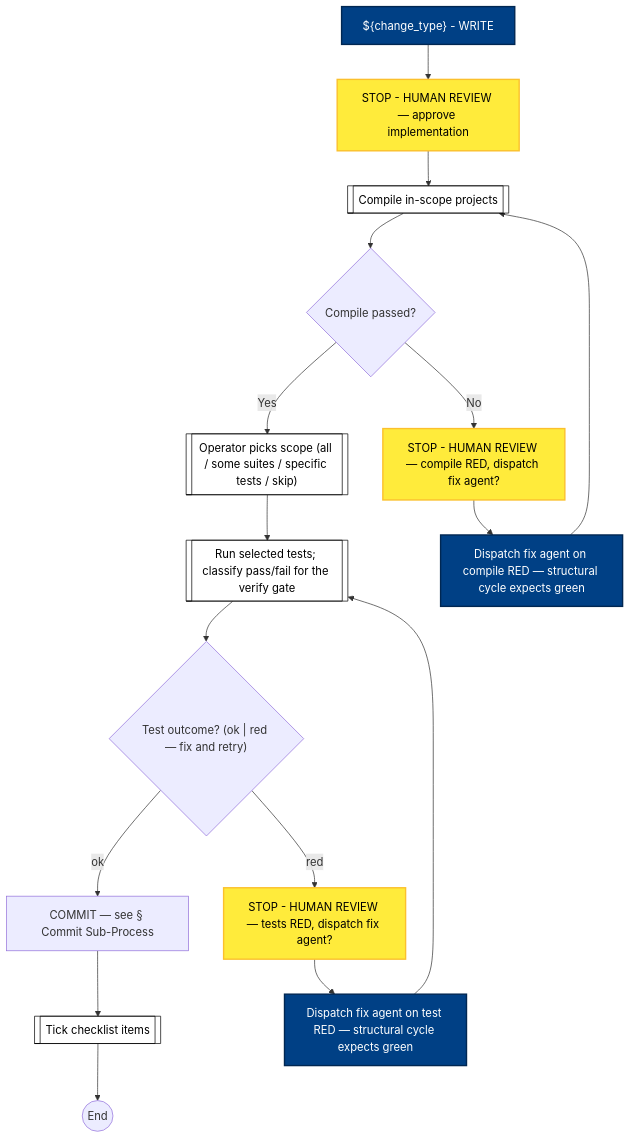
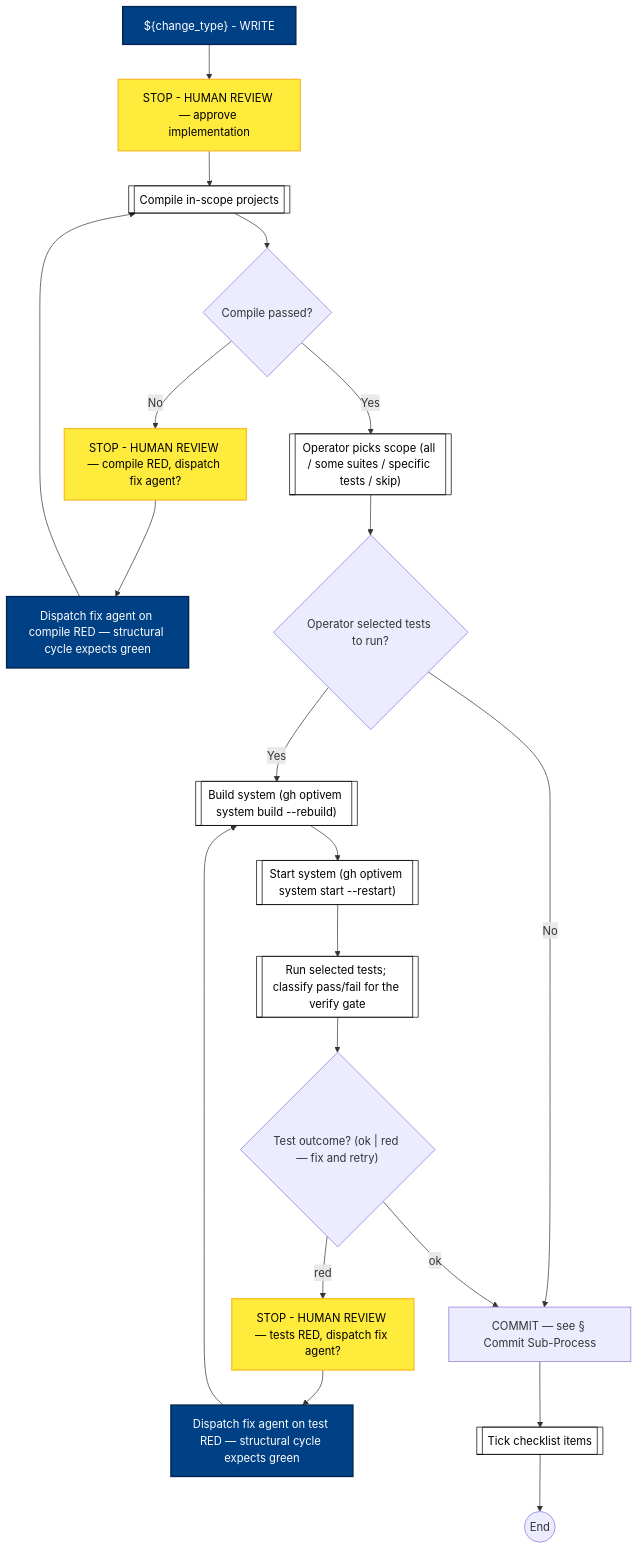
One commit to optivem/gh-optivem changed the tenth of 16 diagrams in docs/process-diagram.md. Above: the diagram before and after it, drawn with Mermaid. The commit also changed 9 other files, not shown here.

First line of the commit message:
atdd: hoist BUILD_SYSTEM + START_SYSTEM ahead of RUN_TESTS in structural_cycle

````diff
--- a/docs/process-diagram.md
+++ b/docs/process-diagram.md
@@ -269,42 +269,49 @@
 ```mermaid
 flowchart TD
     APPROVE_CHANGE[STOP - HUMAN REVIEW — approve implementation]
+    BUILD_SYSTEM[["Build system (gh optivem system build --rebuild)"]]
     CHOOSE_TESTS[["Operator picks scope (all / some suites / specific tests / skip)"]]
     COMMIT[COMMIT — see § Commit Sub-Process]
     COMPILE[[Compile in-scope projects]]
     FIX_COMPILE[Dispatch fix agent on compile RED — structural cycle expects green]
     FIX_TEST[Dispatch fix agent on test RED — structural cycle expects green]
     GATE_COMPILE_OK{Compile passed?}
     GATE_STRUCT_VERIFY{"Test outcome? (ok | red — fix and retry)"}
+    GATE_TESTS_SELECTED{Operator selected tests to run?}
     RUN_TESTS[["Run selected tests; classify pass/fail for the verify gate"]]
+    START_SYSTEM[["Start system (gh optivem system start --restart)"]]
     STOP_COMPILE_FAIL_REVIEW[STOP - HUMAN REVIEW — compile RED, dispatch fix agent?]
     STOP_TEST_FAIL_REVIEW[STOP - HUMAN REVIEW — tests RED, dispatch fix agent?]
     STRUCT_END((End))
     TICK_CHECKLIST[[Tick checklist items]]
     WRITE["${change_type} - WRITE"]
 
     WRITE --> APPROVE_CHANGE
     APPROVE_CHANGE --> COMPILE
     COMPILE --> GATE_COMPILE_OK
     GATE_COMPILE_OK -- Yes --> CHOOSE_TESTS
     GATE_COMPILE_OK -- No --> STOP_COMPILE_FAIL_REVIEW
     STOP_COMPILE_FAIL_REVIEW --> FIX_COMPILE
     FIX_COMPILE --> COMPILE
-    CHOOSE_TESTS --> RUN_TESTS
+    CHOOSE_TESTS --> GATE_TESTS_SELECTED
+    GATE_TESTS_SELECTED -- Yes --> BUILD_SYSTEM
+    GATE_TESTS_SELECTED -- No --> COMMIT
+    BUILD_SYSTEM --> START_SYSTEM
+    START_SYSTEM --> RUN_TESTS
     RUN_TESTS --> GATE_STRUCT_VERIFY
     GATE_STRUCT_VERIFY -- ok --> COMMIT
     GATE_STRUCT_VERIFY -- red --> STOP_TEST_FAIL_REVIEW
     STOP_TEST_FAIL_REVIEW --> FIX_TEST
-    FIX_TEST --> RUN_TESTS
+    FIX_TEST --> BUILD_SYSTEM
     COMMIT --> TICK_CHECKLIST
     TICK_CHECKLIST --> STRUCT_END
 
     classDef serviceNode fill:#ffffff,stroke:#000000,stroke-width:1px,color:#000000
-    class CHOOSE_TESTS,COMPILE,RUN_TESTS,TICK_CHECKLIST serviceNode
+    class BUILD_SYSTEM,CHOOSE_TESTS,COMPILE,RUN_TESTS,START_SYSTEM,TICK_CHECKLIST serviceNode
 
     classDef agentNode fill:#004085,stroke:#002752,stroke-width:2px,color:#ffffff
     class FIX_COMPILE,FIX_TEST,WRITE agentNode
 
     classDef humanNode fill:#ffeb3b,stroke:#fbc02d,stroke-width:2px,color:#000000
     class APPROVE_CHANGE,STOP_COMPILE_FAIL_REVIEW,STOP_TEST_FAIL_REVIEW humanNode
 ```
````
